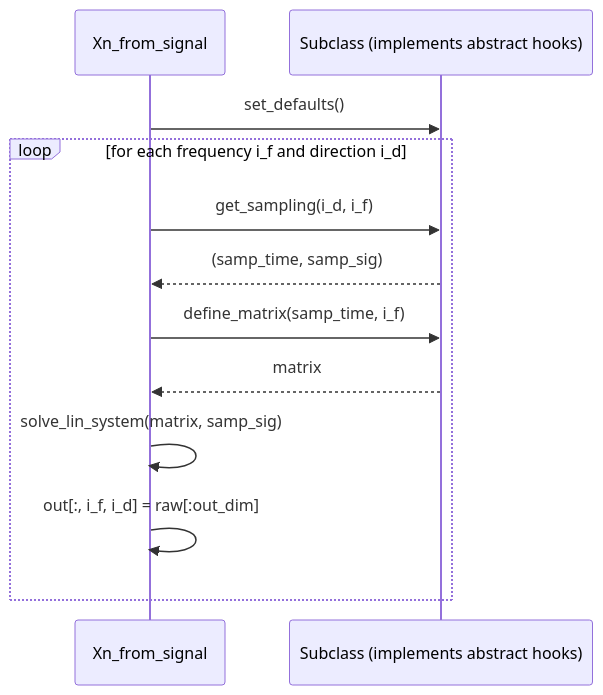
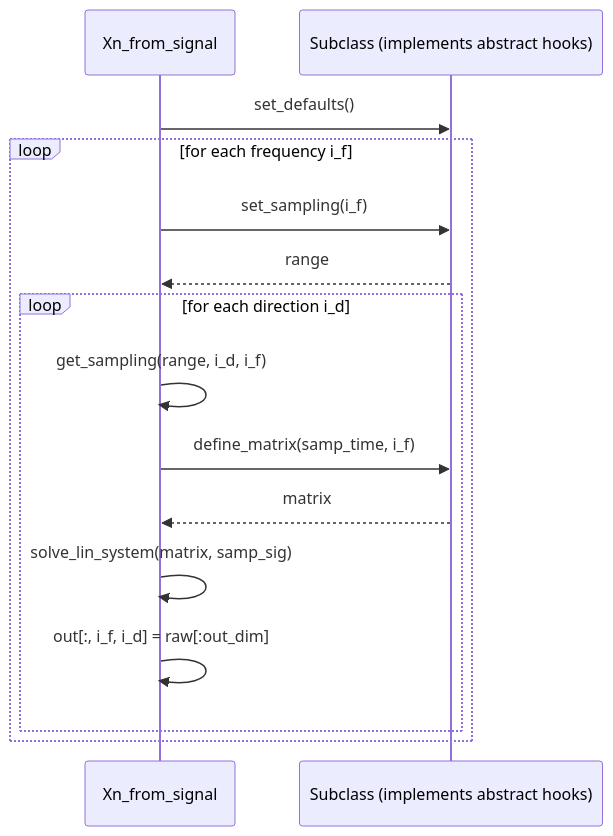
One commit to rreho/yambopy changed the first of 4 diagrams in yambopy/nl/Xn_from_signal_doc.md. Above: the diagram before and after it, drawn with Mermaid. The commit also changed other lines of this file, not shown here.

Commit message:
modified:   yambopy/nl/Xn_from_signal_doc.md
Upadated documentation to be consistent with changes introduced in the code

```diff
--- a/yambopy/nl/Xn_from_signal_doc.md
+++ b/yambopy/nl/Xn_from_signal_doc.md
@@ -54,15 +54,18 @@
 ~~~mermaid
 sequenceDiagram
     participant Analyzer as Xn_from_signal
     participant Impl as Subclass (implements abstract hooks)
 
 Analyzer->>Impl: set_defaults()
-loop for each frequency i_f and direction i_d
-    Analyzer->>Impl: get_sampling(i_d, i_f)
-    Impl-->>Analyzer: (samp_time, samp_sig)
-    Analyzer->>Impl: define_matrix(samp_time, i_f)
-    Impl-->>Analyzer: matrix
-    Analyzer->>Analyzer: solve_lin_system(matrix, samp_sig)
-    Analyzer->>Analyzer: out[:, i_f, i_d] = raw[:out_dim]
+loop for each frequency i_f
+	Analyzer->>Impl: set_sampling(i_f)
+	Impl-->>Analyzer: range
+	loop for each direction i_d
+    	Analyzer->>Analyzer: get_sampling(range, i_d, i_f)
+    	Analyzer->>Impl: define_matrix(samp_time, i_f)
+    	Impl-->>Analyzer: matrix
+    	Analyzer->>Analyzer: solve_lin_system(matrix, samp_sig)
+    	Analyzer->>Analyzer: out[:, i_f, i_d] = raw[:out_dim]
+    end
 end
 ~~~
```
